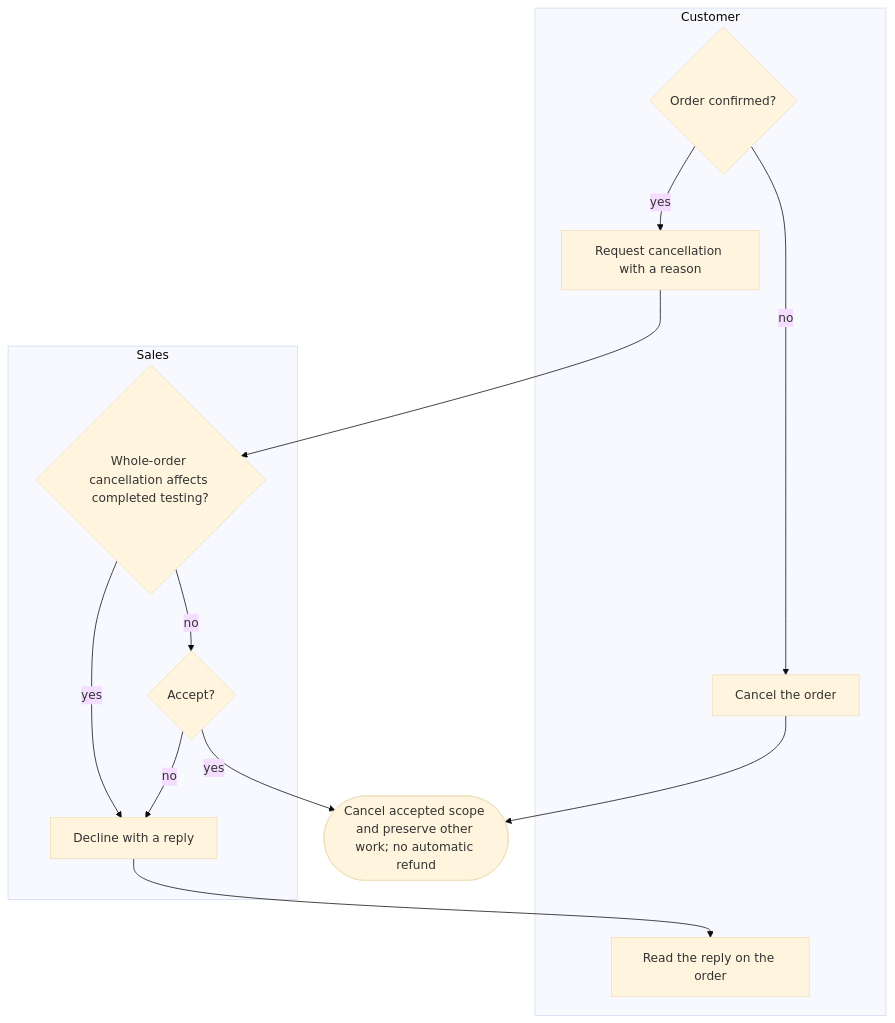
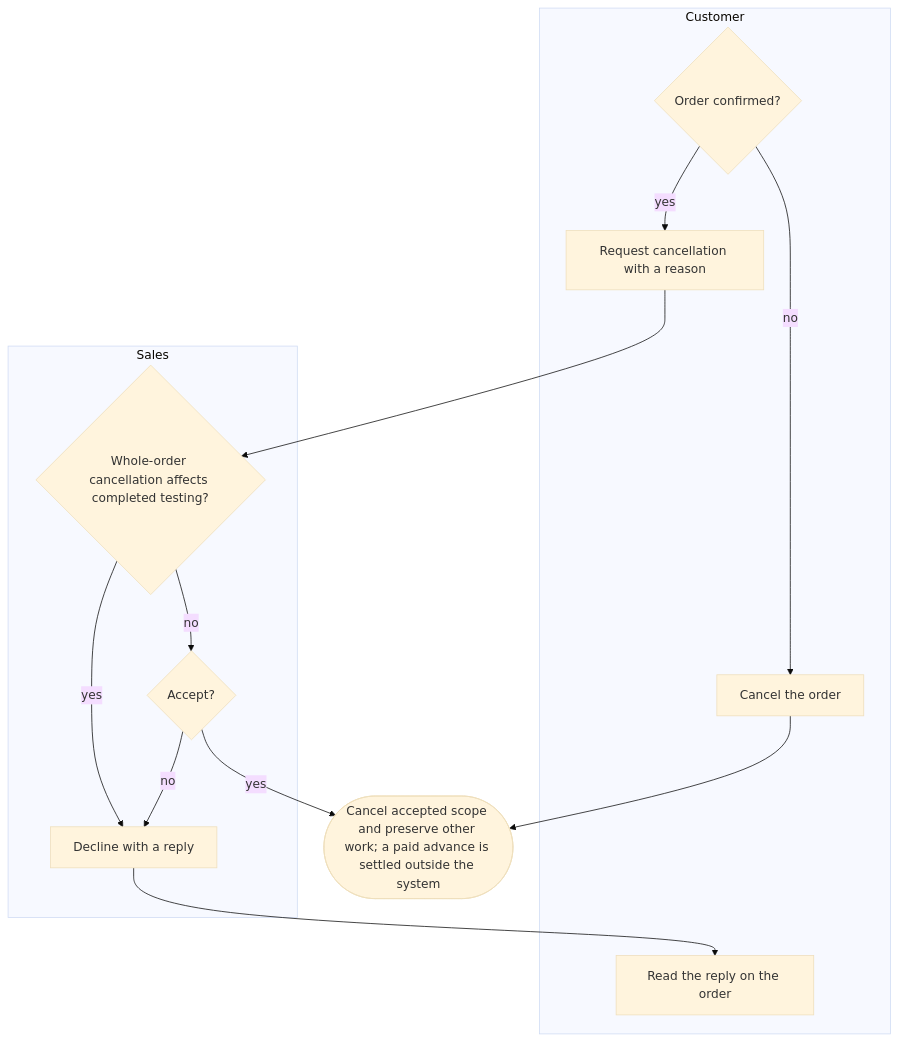
One commit to SoltuneMontepre/medilab changed the ninth of 16 diagrams in docs/functional/business-flows.md. Above: the diagram before and after it, drawn with Mermaid (base theme). The commit also changed other lines of this file and 11 other files, not shown here.

````diff
--- a/docs/functional/business-flows.md
+++ b/docs/functional/business-flows.md
@@ -426,19 +426,19 @@
 ```mermaid
 flowchart TD
     subgraph lane22 ["Customer"]
         c1{Order confirmed?}
         c1 -->|no| c2[Cancel the order]
         c1 -->|yes| c3[Request cancellation with a reason]
         c4[Read the reply on the order]
     end
     subgraph lane23 ["Sales"]
         s1{Whole-order cancellation affects completed testing?}
         s1 -->|yes| s2[Decline with a reply]
         s1 -->|no| s3{Accept?}
         s3 -->|no| s2
     end
     c3 --> s1
     s2 --> c4
-    s3 -->|yes| cancel(["Cancel accepted scope and preserve other work; no automatic refund"])
+    s3 -->|yes| cancel(["Cancel accepted scope and preserve other work; a paid advance is settled outside the system"])
     c2 --> cancel
 ```
````
